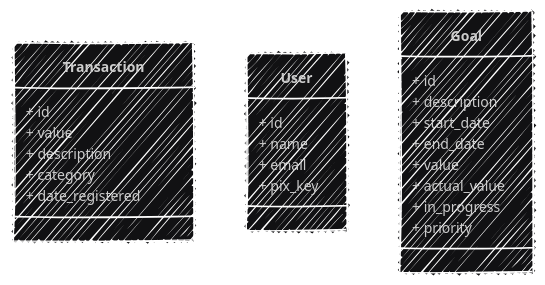
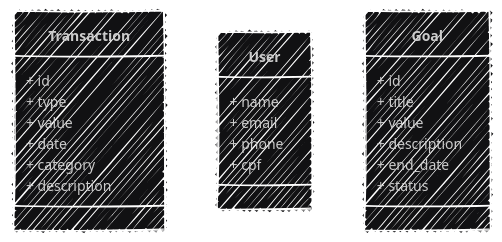
Before and after one commit to anthony-gg1/controle-gastos: the diagram in documentation/diagrams/classes/classes.mmd, drawn with Mermaid.

Commit message:
Diagramas de classe atualizados

```diff
--- a/documentation/diagrams/classes/classes.mmd
+++ b/documentation/diagrams/classes/classes.mmd
@@ -1,29 +1,28 @@
 ---
 config:
   look: handDrawn
   theme: redux-dark
 ---
 classDiagram
     class Transaction {
         + id
+        + type
         + value
+        + date
+        + category
         + description
-        + category
-        + date_registered
     }
     class User {
-        + id
         + name
         + email
-        + pix_key
+        + phone
+        + cpf
     }
     class Goal {
         + id
+        + title
+        + value
         + description
-        + start_date
         + end_date
-        + value
-        + actual_value
-        + in_progress
-        + priority
+        + status
     }
```
